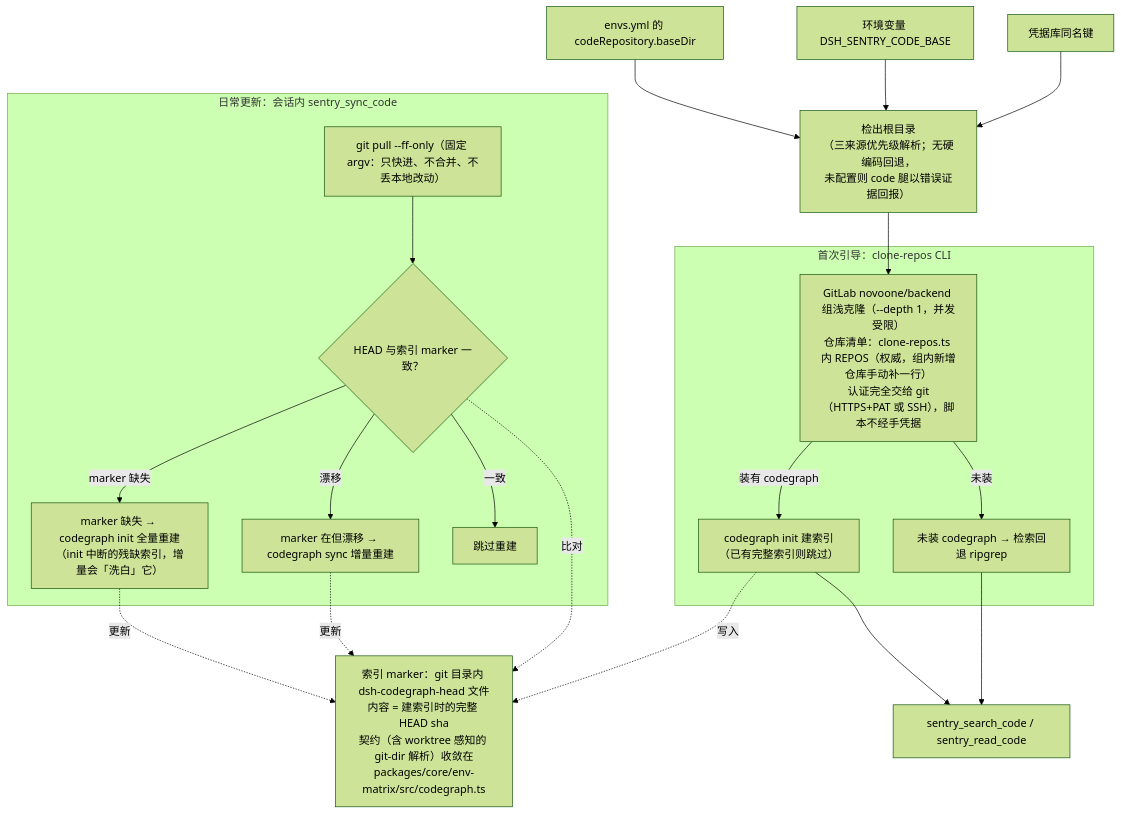
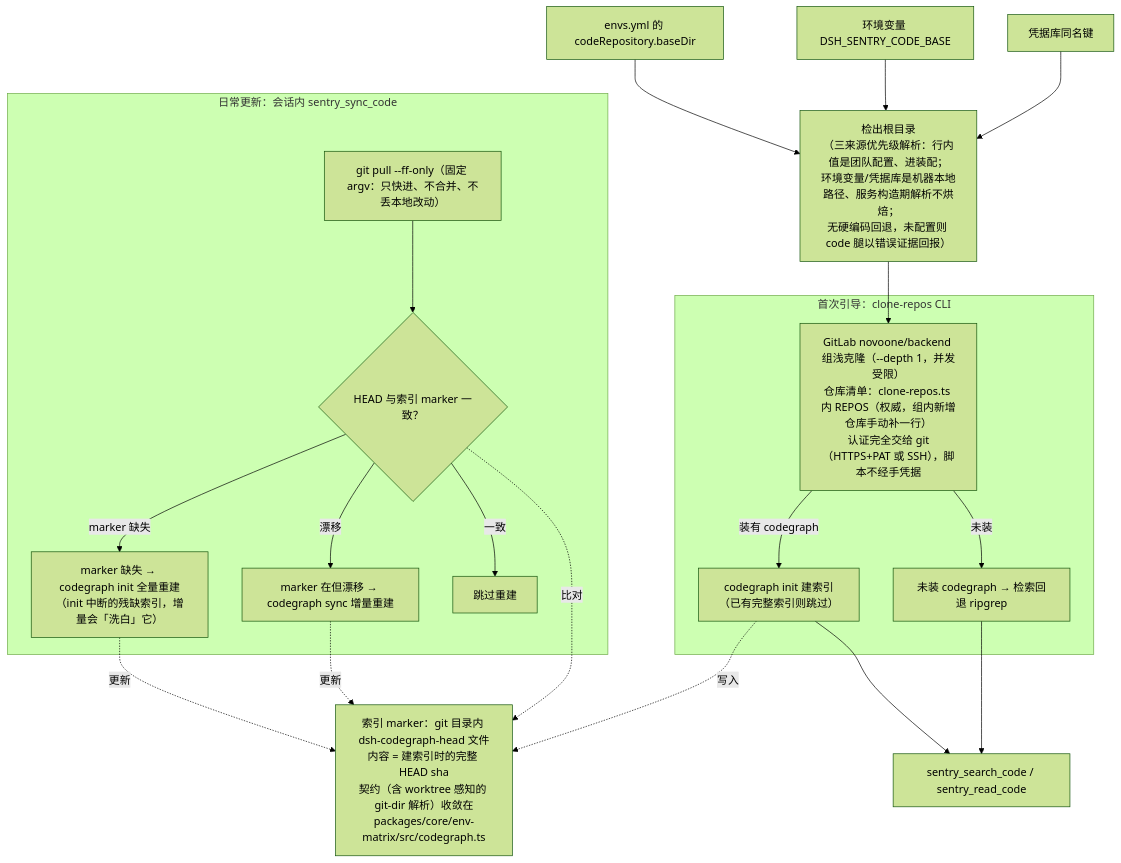
Before and after one commit to lynn-hector/endurance-sage: the third of 3 diagrams in docs/architecture/overview.md, drawn with Mermaid (forest theme). The commit also changed 16 other files, not shown here.

````diff
--- a/docs/architecture/overview.md
+++ b/docs/architecture/overview.md
@@ -116,42 +116,42 @@
 ```mermaid
 flowchart TB
     src1["envs.yml 的 codeRepository.baseDir"]
     src2["环境变量 DSH_SENTRY_CODE_BASE"]
     src3["凭据库同名键"]
-    basedir["检出根目录<br/>（三来源优先级解析；无硬编码回退，<br/>未配置则 code 腿以错误证据回报）"]
+    basedir["检出根目录<br/>（三来源优先级解析：行内值是团队配置、进装配；<br/>环境变量/凭据库是机器本地路径、服务构造期解析不烘焙；<br/>无硬编码回退，未配置则 code 腿以错误证据回报）"]
     src1 --> basedir
     src2 --> basedir
     src3 --> basedir
 
     subgraph boot["首次引导：clone-repos CLI"]
         clone["GitLab novoone/backend 组浅克隆（--depth 1，并发受限）<br/>仓库清单：clone-repos.ts 内 REPOS（权威，组内新增仓库手动补一行）<br/>认证完全交给 git（HTTPS+PAT 或 SSH），脚本不经手凭据"]
         init["codegraph init 建索引<br/>（已有完整索引则跳过）"]
         fallback["未装 codegraph → 检索回退 ripgrep"]
     end
 
     basedir --> clone
     clone -->|装有 codegraph| init
     clone -->|未装| fallback
 
     subgraph daily["日常更新：会话内 sentry_sync_code"]
         pull["git pull --ff-only（固定 argv：只快进、不合并、不丢本地改动）"]
         diff{"HEAD 与索引 marker 一致？"}
         rebuildFull["marker 缺失 → codegraph init 全量重建<br/>（init 中断的残缺索引，增量会「洗白」它）"]
         rebuildIncr["marker 在但漂移 → codegraph sync 增量重建"]
         skip["跳过重建"]
         pull --> diff
         diff -->|marker 缺失| rebuildFull
         diff -->|漂移| rebuildIncr
         diff -->|一致| skip
     end
 
     marker["索引 marker：git 目录内 dsh-codegraph-head 文件<br/>内容 = 建索引时的完整 HEAD sha<br/>契约（含 worktree 感知的 git-dir 解析）收敛在<br/>packages/core/env-matrix/src/codegraph.ts"]
     init -.写入.-> marker
     diff -.比对.-> marker
     rebuildFull -.更新.-> marker
     rebuildIncr -.更新.-> marker
 
     search["sentry_search_code / sentry_read_code"]
     init --> search
     fallback --> search
 ```
````
